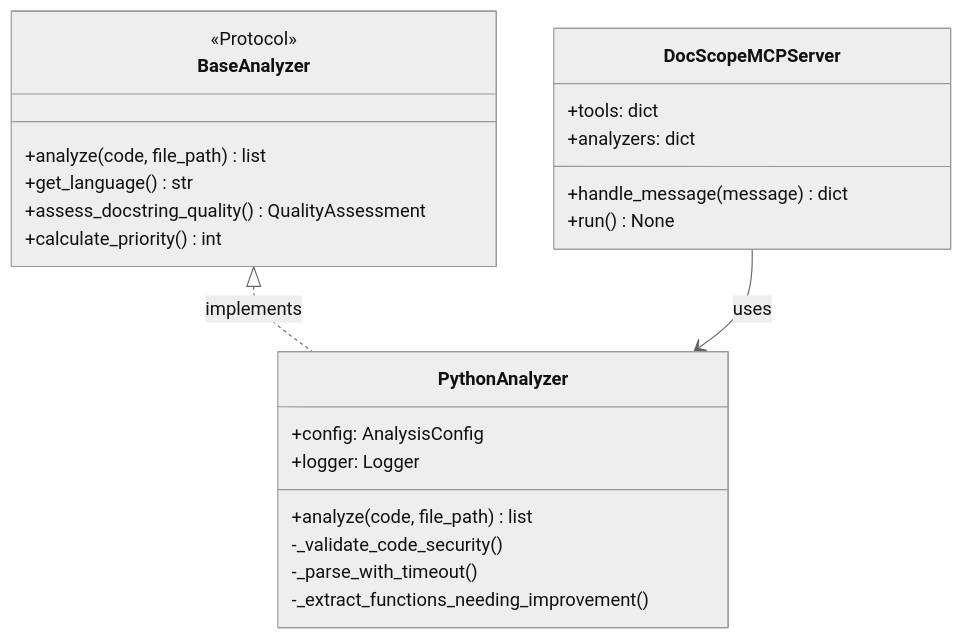
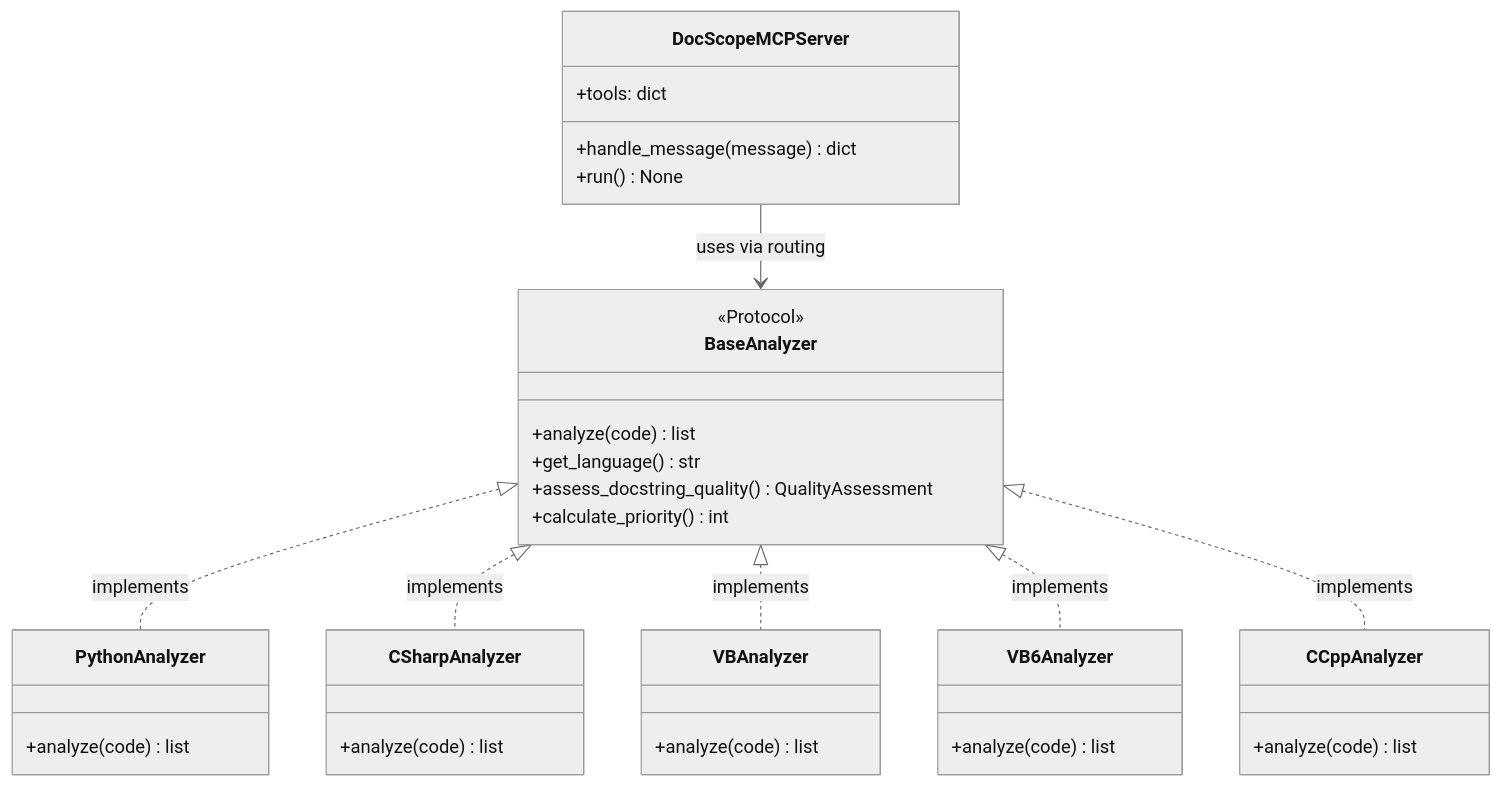
Before and after one commit to mgrandau/docscope-mcp: the second of 2 diagrams in src/docscope_mcp/README.md, drawn with Mermaid. The commit also changed other lines of this file and 33 other files, not shown here.

````diff
--- a/src/docscope_mcp/README.md
+++ b/src/docscope_mcp/README.md
@@ -249,30 +317,40 @@
 ```mermaid
 %%{init: {'theme': 'neutral'}}%%
 classDiagram
     class BaseAnalyzer {
         <<Protocol>>
-        +analyze(code, file_path) list
+        +analyze(code) list
         +get_language() str
         +assess_docstring_quality() QualityAssessment
         +calculate_priority() int
     }
 
     class PythonAnalyzer {
-        +config: AnalysisConfig
-        +logger: Logger
-        +analyze(code, file_path) list
-        -_validate_code_security()
-        -_parse_with_timeout()
-        -_extract_functions_needing_improvement()
+        +analyze(code) list
+    }
+    class CSharpAnalyzer {
+        +analyze(code) list
+    }
+    class VBAnalyzer {
+        +analyze(code) list
+    }
+    class VB6Analyzer {
+        +analyze(code) list
+    }
+    class CCppAnalyzer {
+        +analyze(code) list
     }
 
     class DocScopeMCPServer {
         +tools: dict
-        +analyzers: dict
         +handle_message(message) dict
         +run() None
     }
 
     BaseAnalyzer <|.. PythonAnalyzer : implements
-    DocScopeMCPServer --> PythonAnalyzer : uses
+    BaseAnalyzer <|.. CSharpAnalyzer : implements
+    BaseAnalyzer <|.. VBAnalyzer : implements
+    BaseAnalyzer <|.. VB6Analyzer : implements
+    BaseAnalyzer <|.. CCppAnalyzer : implements
+    DocScopeMCPServer --> BaseAnalyzer : uses via routing
 ```
````
